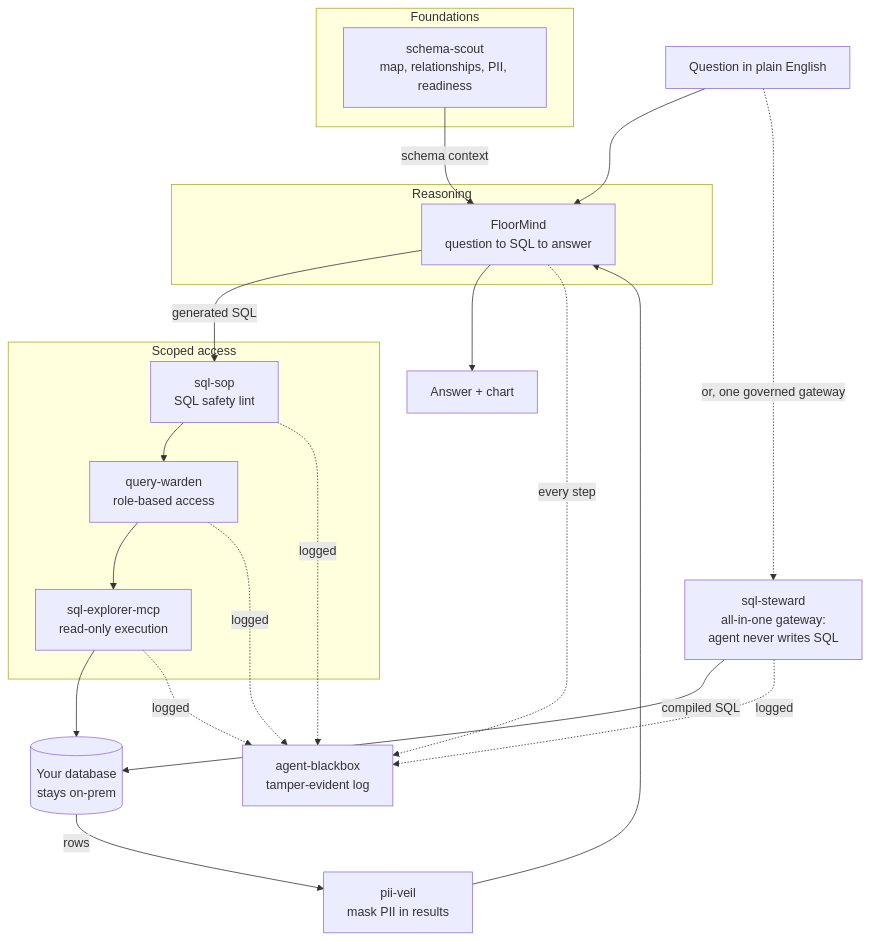
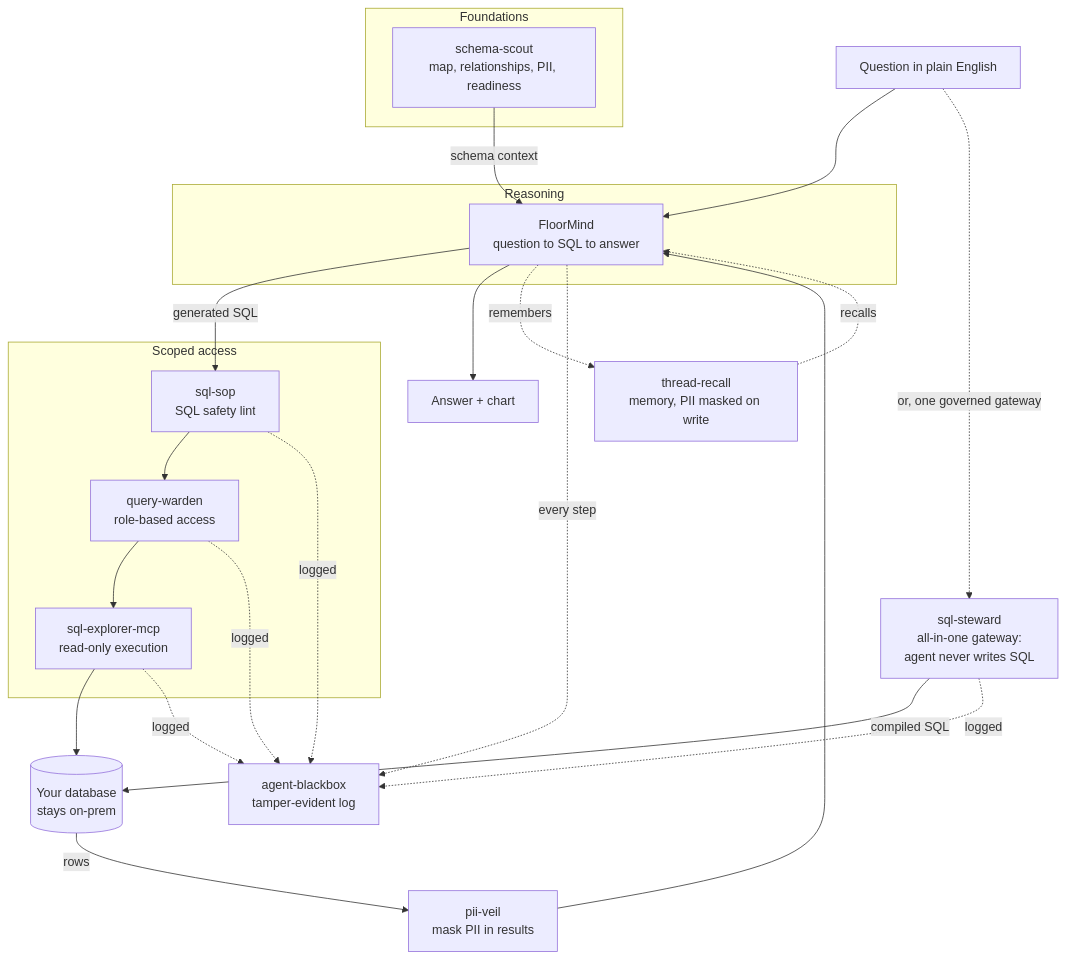
Before and after one commit to Pawansingh3889/governed-agent-stack: the diagram in README.md, drawn with Mermaid. The commit also changed other lines of this file and 36 other files, not shown here.

````diff
--- a/README.md
+++ b/README.md
@@ -29,37 +30,41 @@
 ```mermaid
 flowchart TB
     Q["Question in plain English"] --> AG
 
     subgraph Foundations
         SS["schema-scout<br/>map, relationships, PII, readiness"]
     end
 
     subgraph Reasoning
         AG["FloorMind<br/>question to SQL to answer"]
     end
 
     subgraph Scoped_access["Scoped access"]
         SOP["sql-sop<br/>SQL safety lint"]
         WARD["query-warden<br/>role-based access"]
         EX["sql-explorer-mcp<br/>read-only execution"]
     end
 
     DB[("Your database<br/>stays on-prem")]
     VEIL["pii-veil<br/>mask PII in results"]
     A["Answer + chart"]
     BB["agent-blackbox<br/>tamper-evident log"]
+    TR["thread-recall<br/>memory, PII masked on write"]
     ST["sql-steward<br/>all-in-one gateway:<br/>agent never writes SQL"]
 
     SS -- schema context --> AG
     AG -- generated SQL --> SOP --> WARD --> EX --> DB
     DB -- rows --> VEIL --> AG --> A
+
+    AG -. remembers .-> TR
+    TR -. recalls .-> AG
 
     Q -. or, one governed gateway .-> ST
     ST -- compiled SQL --> DB
 
     AG -. every step .-> BB
     SOP -. logged .-> BB
     WARD -. logged .-> BB
     EX -. logged .-> BB
     ST -. logged .-> BB
 ```
````
